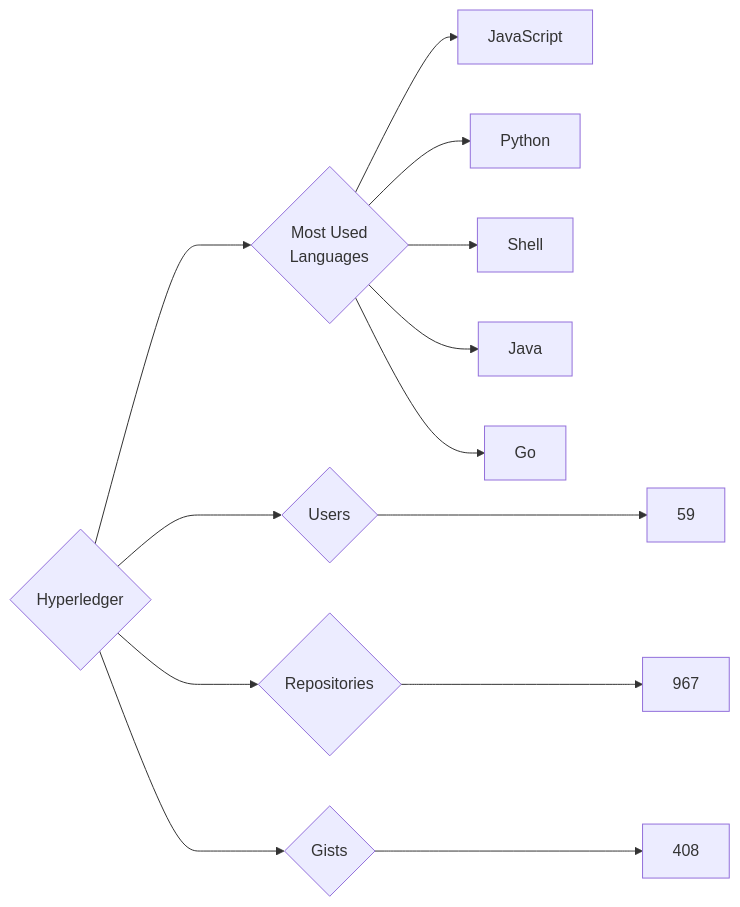
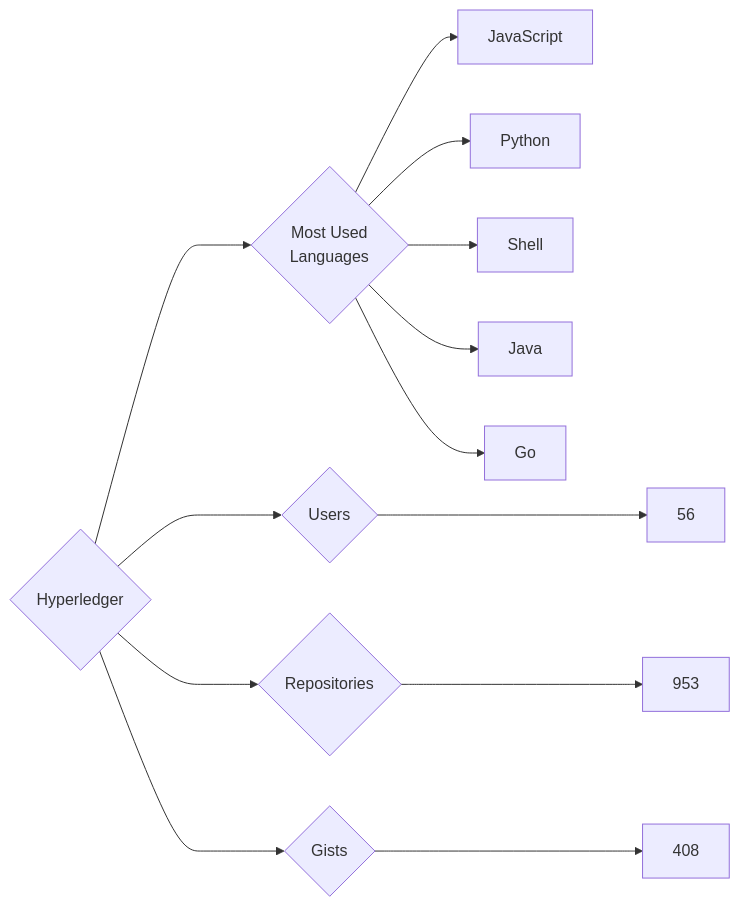
One commit to trickest/insiders changed the diagram in targets/Hyperledger/README.md. Above: the diagram before and after it, drawn with Mermaid. The commit also changed 814 other files, not shown here.

````diff
--- a/targets/Hyperledger/README.md
+++ b/targets/Hyperledger/README.md
@@ -3,13 +3,13 @@
 ```mermaid
 graph LR
 COMPANY_NAME{Hyperledger}
-COMPANY_NAME ---> U{Users} ---> UN[59]
-COMPANY_NAME ---> R{Repositories} ---> RN[967]
+COMPANY_NAME ---> U{Users} ---> UN[56]
+COMPANY_NAME ---> R{Repositories} ---> RN[953]
 COMPANY_NAME ---> G{Gists} ---> GN[408]
 COMPANY_NAME ---> ML{Most Used<br>Languages}
 ML --> JavaScript[JavaScript]
 ML --> Python[Python]
 ML --> Shell[Shell]
 ML --> Java[Java]
 ML --> Go[Go]
 ```
````
